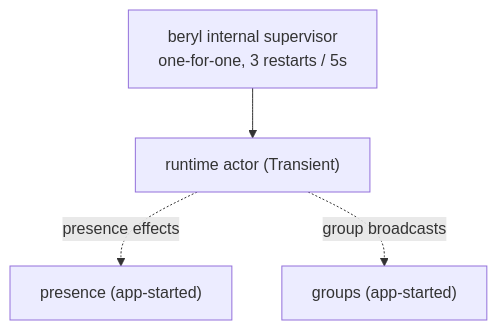
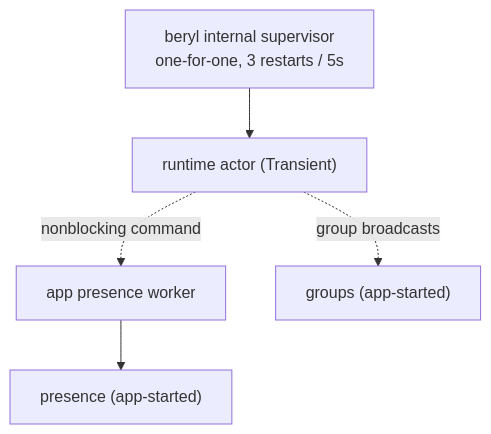
One commit to tylerbutler/beryl changed the second of 2 diagrams in website/src/content/docs/architecture/overview.md. Above: the diagram before and after it, drawn with Mermaid. The commit also changed 22 other files, not shown here.

````diff
--- a/website/src/content/docs/architecture/overview.md
+++ b/website/src/content/docs/architecture/overview.md
@@ -63,9 +63,11 @@
 ```mermaid
 flowchart TB
   S["beryl internal supervisor<br/>one-for-one, 3 restarts / 5s"]
   S --> RT["runtime actor (Transient)"]
   PR["presence (app-started)"]
+  PW["app presence worker"]
   GR["groups (app-started)"]
-  RT -. "presence effects" .-> PR
+  RT -. "nonblocking command" .-> PW
+  PW --> PR
   RT -. "group broadcasts" .-> GR
 ```
````
